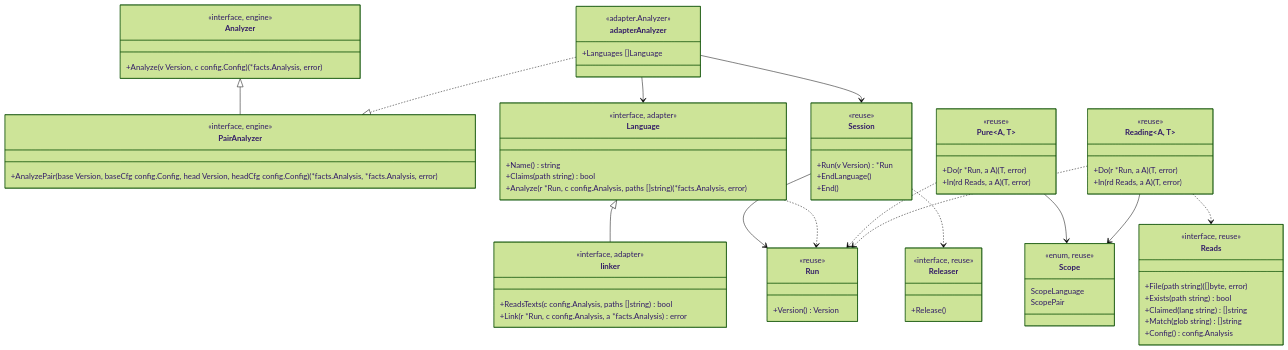
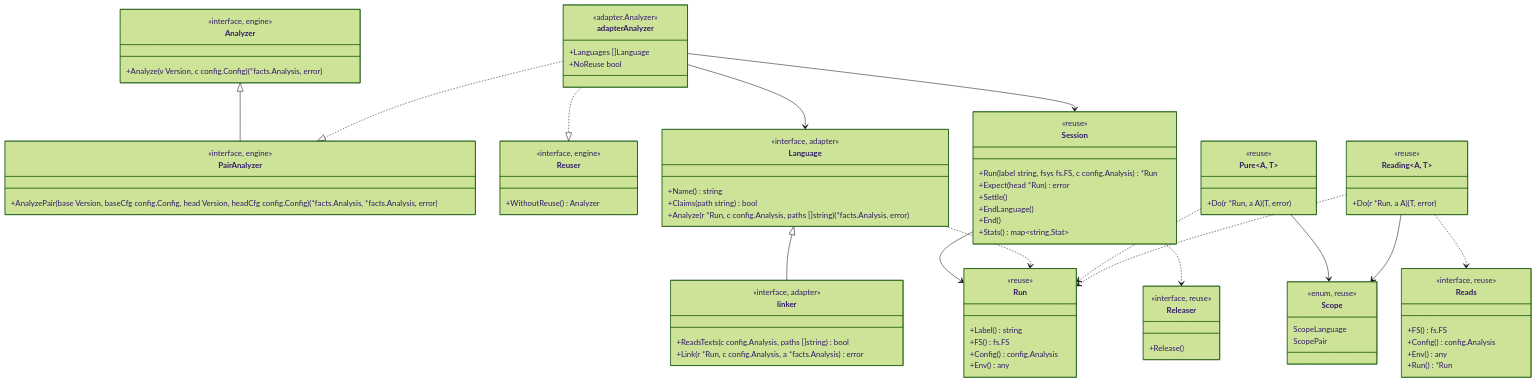
One commit to rerorets/hadome changed the second of 2 diagrams in docs/design/analysis-reuse.ja.md. Above: the diagram before and after it, drawn with Mermaid (forest theme). The commit also changed other lines of this file and 58 other files, not shown here.

```diff
--- a/docs/design/analysis-reuse.ja.md
+++ b/docs/design/analysis-reuse.ja.md
@@ -276,9 +283,14 @@
     <<interface, engine>>
     +AnalyzePair(base Version, baseCfg config.Config, head Version, headCfg config.Config) (*facts.Analysis, *facts.Analysis, error)
   }
+  class Reuser {
+    <<interface, engine>>
+    +WithoutReuse() Analyzer
+  }
   class adapterAnalyzer {
     <<adapter.Analyzer>>
     +Languages []Language
+    +NoReuse bool
   }
   class Language {
     <<interface, adapter>>
@@ -293,31 +305,34 @@
   }
   class Session {
     <<reuse>>
-    +Run(v Version) *Run
+    +Run(label string, fsys fs.FS, c config.Analysis) *Run
+    +Expect(head *Run) error
+    +Settle()
     +EndLanguage()
     +End()
+    +Stats() map~string,Stat~
   }
   class Run {
     <<reuse>>
-    +Version() Version
+    +Label() string
+    +FS() fs.FS
+    +Config() config.Analysis
+    +Env() any
   }
   class Pure~A, T~ {
     <<reuse>>
     +Do(r *Run, a A) (T, error)
-    +In(rd Reads, a A) (T, error)
   }
   class Reading~A, T~ {
     <<reuse>>
     +Do(r *Run, a A) (T, error)
-    +In(rd Reads, a A) (T, error)
   }
   class Reads {
     <<interface, reuse>>
-    +File(path string) ([]byte, error)
-    +Exists(path string) bool
-    +Claimed(lang string) []string
-    +Match(glob string) []string
+    +FS() fs.FS
     +Config() config.Analysis
+    +Env() any
+    +Run() *Run
   }
   class Releaser {
     <<interface, reuse>>
@@ -330,6 +345,7 @@
   }
   Analyzer <|-- PairAnalyzer
   adapterAnalyzer ..|> PairAnalyzer
+  adapterAnalyzer ..|> Reuser
   adapterAnalyzer --> Language
   adapterAnalyzer --> Session
   Language <|-- linker
```
